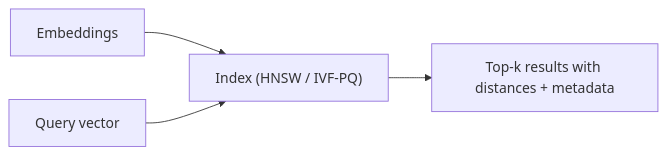
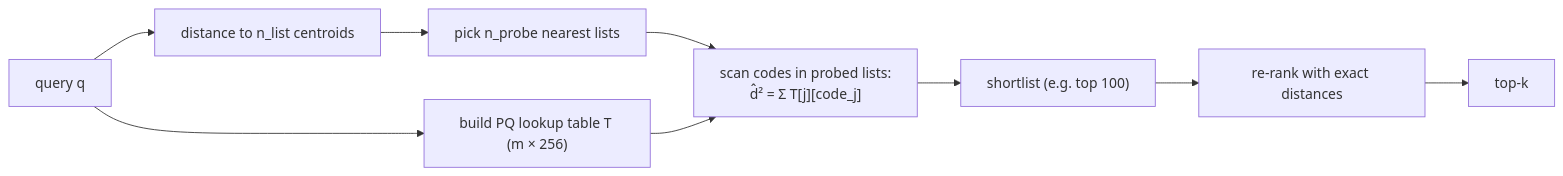
One commit to ABHIRAM3007/itp changed the second of 3 diagrams in roadmap/phase-3-nlp-llm/10-vector-databases.md. Above: the diagram before and after it, drawn with Mermaid. The commit also changed other lines of this file and 19 other files, not shown here.

````diff
--- a/roadmap/phase-3-nlp-llm/10-vector-databases.md
+++ b/roadmap/phase-3-nlp-llm/10-vector-databases.md
@@ -54,6 +163,11 @@
 ```mermaid
 flowchart LR
-    E["Embeddings"] --> IX["Index (HNSW / IVF-PQ)"]
-    Q["Query vector"] --> IX
-    IX --> R["Top-k results with distances + metadata"]
+    Q["query q"] --> CD["distance to n_list centroids"]
+    CD --> NP["pick n_probe nearest lists"]
+    Q --> LUT["build PQ lookup table T (m × 256)"]
+    NP --> SCAN["scan codes in probed lists:<br/>d̂² = Σ T[j][code_j]"]
+    LUT --> SCAN
+    SCAN --> SL["shortlist (e.g. top 100)"]
+    SL --> RR["re-rank with exact distances"]
+    RR --> K["top-k"]
 ```
````
